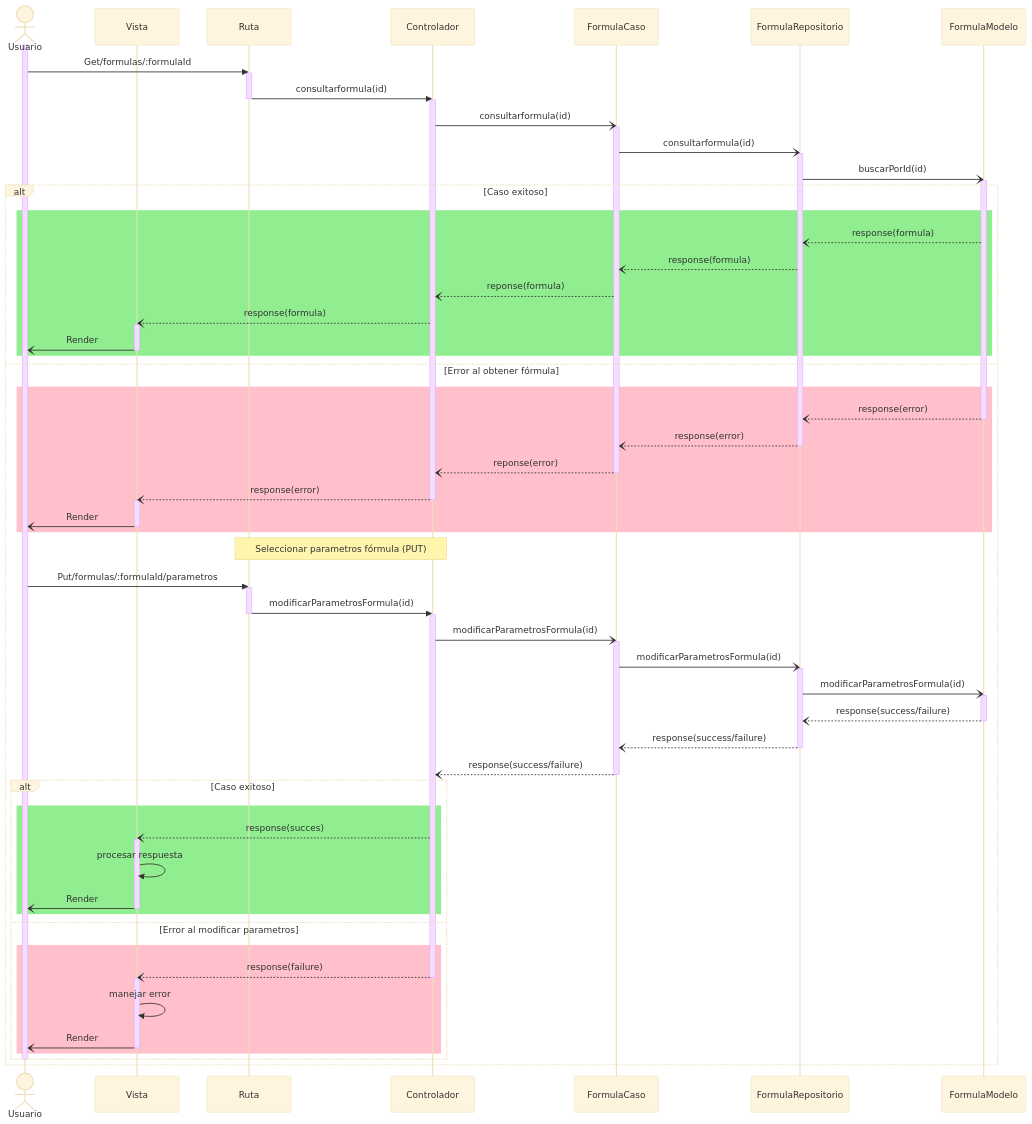
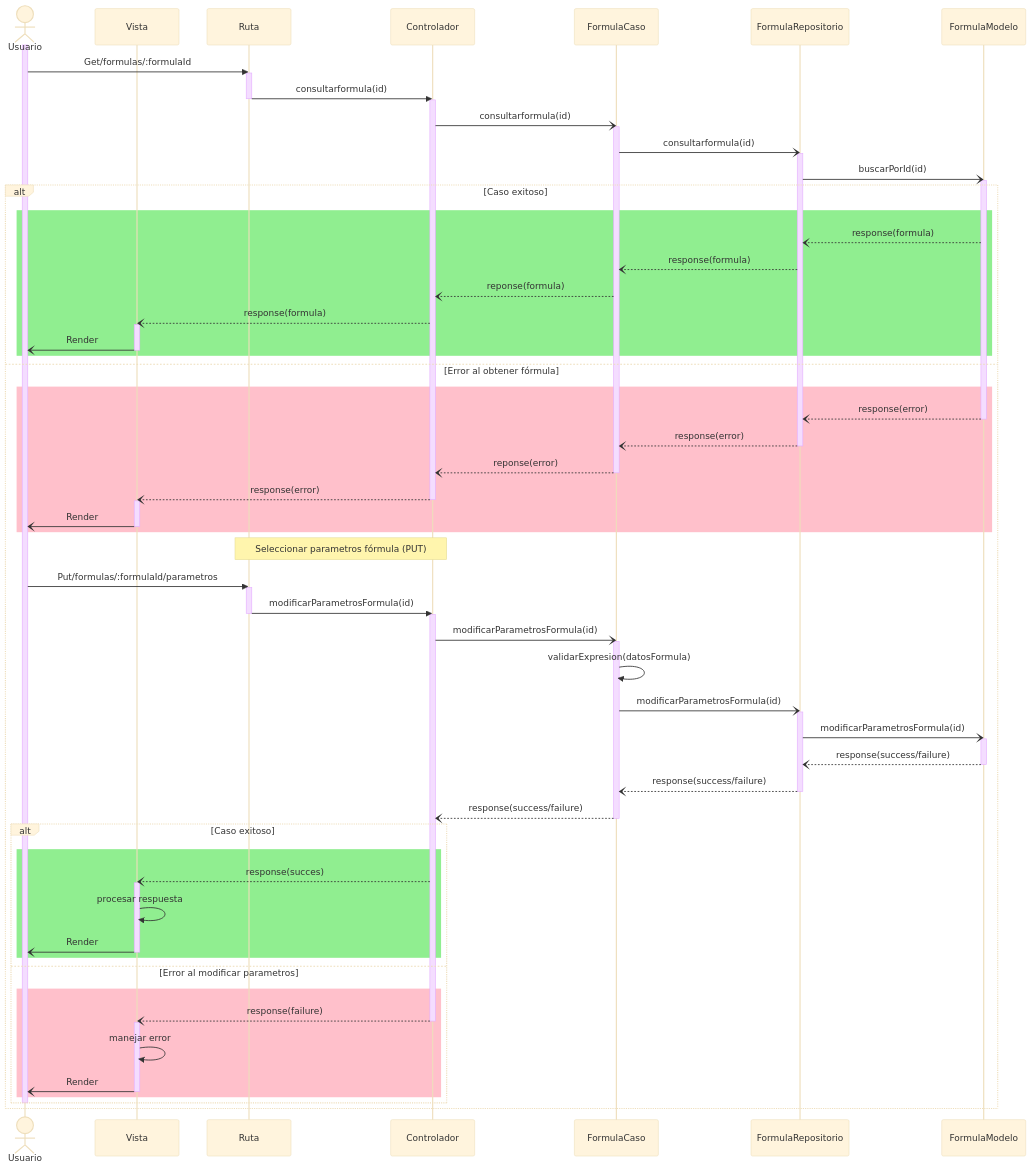
Before and after one commit to CodeAnd-Co/Documentacion: the diagram in documentation/docs/proyectos/tractores/documentacion/requisitos/RF72.md, drawn with Mermaid (base theme). The commit also changed other lines of this file, not shown here.

```diff
--- a/documentation/docs/proyectos/tractores/documentacion/requisitos/RF72.md
+++ b/documentation/docs/proyectos/tractores/documentacion/requisitos/RF72.md
@@ -81,6 +81,7 @@
     activate controller
     controller-)usecase: modificarParametrosFormula(id)
     activate usecase
+    usecase->>usecase: validarExpresion(datosFormula)
     usecase-)repository: modificarParametrosFormula(id)
     activate repository
     repository-)model: modificarParametrosFormula(id)
```
